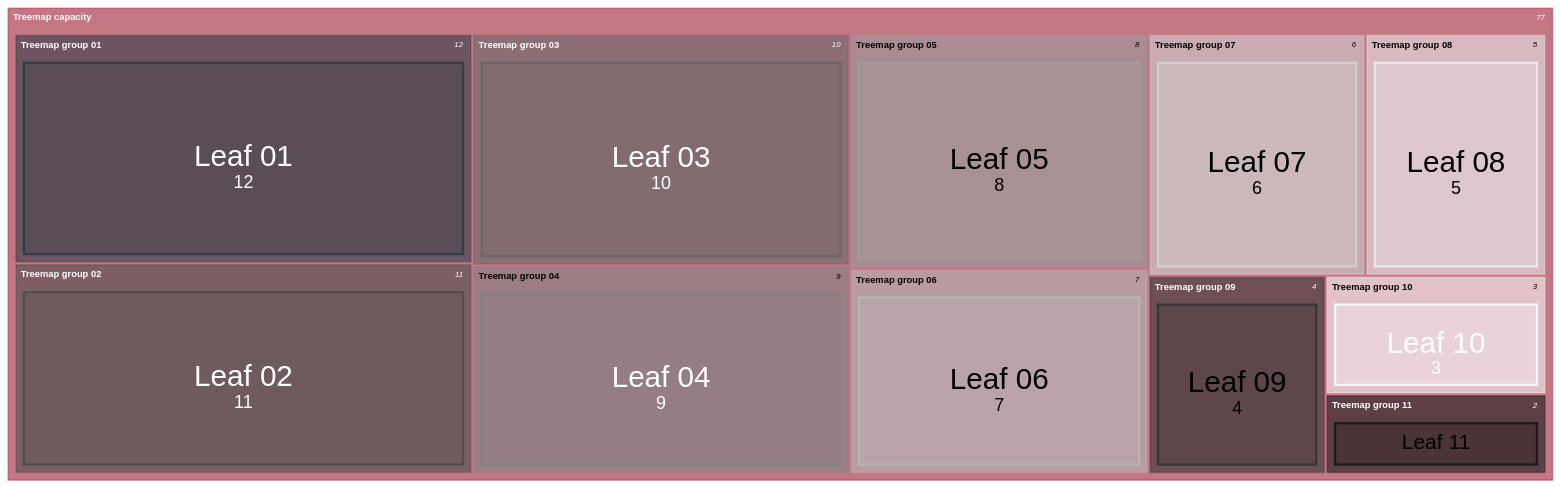
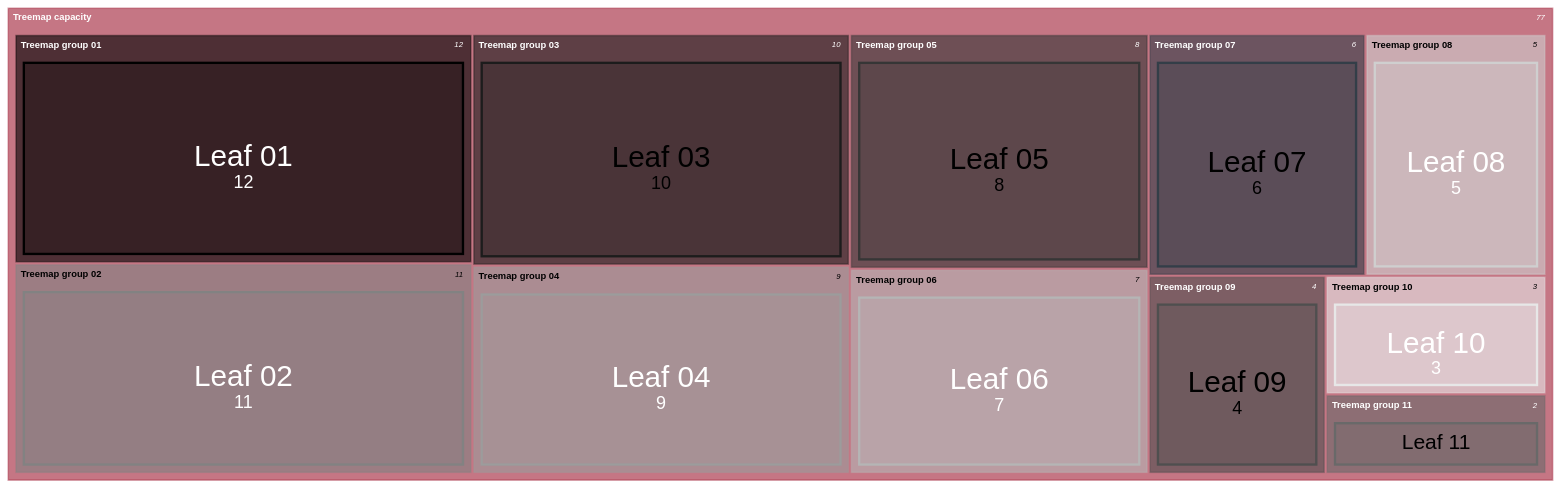
Before and after one commit to gvillarroel/skills: the diagram in skills/mermaid/assets/examples/mermaid-max-complexity/source/colorset1/treemap.mmd, drawn with Mermaid. The commit also changed 590 other files, not shown here.

```diff
--- a/skills/mermaid/assets/examples/mermaid-max-complexity/source/colorset1/treemap.mmd
+++ b/skills/mermaid/assets/examples/mermaid-max-complexity/source/colorset1/treemap.mmd
@@ -1,117 +1,117 @@
 ---
 # mermaid: config begin
 config:
   theme: "base"
   themeVariables:
     THEME_COLOR_LIMIT: 12
     background: "#ffffff"
     primaryColor: "#9e1b32"
     primaryTextColor: "#ffffff"
     primaryBorderColor: "#9e1b32"
-    secondaryColor: "#333e48"
+    secondaryColor: "#000000"
     secondaryTextColor: "#ffffff"
-    secondaryBorderColor: "#333e48"
-    tertiaryColor: "#4f4f4f"
-    tertiaryTextColor: "#ffffff"
-    tertiaryBorderColor: "#4f4f4f"
+    secondaryBorderColor: "#000000"
+    tertiaryColor: "#828282"
+    tertiaryTextColor: "#000000"
+    tertiaryBorderColor: "#828282"
     lineColor: "#696969"
     textColor: "#333e48"
     mainBkg: "#9e1b32"
     nodeBkg: "#9e1b32"
     nodeBorder: "#9e1b32"
     clusterBkg: "#e7e7e7"
     clusterBorder: "#9c9c9c"
     defaultLinkColor: "#696969"
     edgeLabelBackground: "#ffffff"
     classText: "#ffffff"
     labelColor: "#ffffff"
     titleColor: "#333e48"
     cScale0: "#9e1b32"
-    cScale1: "#333e48"
-    cScale2: "#4f4f4f"
-    cScale3: "#696969"
-    cScale4: "#828282"
-    cScale5: "#9c9c9c"
+    cScale1: "#000000"
+    cScale2: "#828282"
+    cScale3: "#1c1c1c"
+    cScale4: "#9c9c9c"
+    cScale5: "#363636"
     cScale6: "#b5b5b5"
-    cScale7: "#cfcfcf"
-    cScale8: "#e7e7e7"
-    cScale9: "#363636"
-    cScale10: "#f7f7f7"
-    cScale11: "#1c1c1c"
+    cScale7: "#333e48"
+    cScale8: "#cfcfcf"
+    cScale9: "#4f4f4f"
+    cScale10: "#e7e7e7"
+    cScale11: "#696969"
     cScaleLabel0: "#ffffff"
     cScaleLabel1: "#ffffff"
-    cScaleLabel2: "#ffffff"
+    cScaleLabel2: "#000000"
     cScaleLabel3: "#ffffff"
     cScaleLabel4: "#000000"
-    cScaleLabel5: "#000000"
+    cScaleLabel5: "#ffffff"
     cScaleLabel6: "#000000"
-    cScaleLabel7: "#000000"
+    cScaleLabel7: "#ffffff"
     cScaleLabel8: "#000000"
     cScaleLabel9: "#ffffff"
     cScaleLabel10: "#000000"
     cScaleLabel11: "#ffffff"
     cScaleInv0: "#ffffff"
     cScaleInv1: "#ffffff"
-    cScaleInv2: "#ffffff"
+    cScaleInv2: "#000000"
     cScaleInv3: "#ffffff"
     cScaleInv4: "#000000"
-    cScaleInv5: "#000000"
+    cScaleInv5: "#ffffff"
     cScaleInv6: "#000000"
-    cScaleInv7: "#000000"
+    cScaleInv7: "#ffffff"
     cScaleInv8: "#000000"
     cScaleInv9: "#ffffff"
     cScaleInv10: "#000000"
     cScaleInv11: "#ffffff"
     cScalePeer0: "#9e1b32"
-    cScalePeer1: "#333e48"
-    cScalePeer2: "#4f4f4f"
-    cScalePeer3: "#696969"
-    cScalePeer4: "#828282"
-    cScalePeer5: "#9c9c9c"
+    cScalePeer1: "#000000"
+    cScalePeer2: "#828282"
+    cScalePeer3: "#1c1c1c"
+    cScalePeer4: "#9c9c9c"
+    cScalePeer5: "#363636"
     cScalePeer6: "#b5b5b5"
-    cScalePeer7: "#cfcfcf"
-    cScalePeer8: "#e7e7e7"
-    cScalePeer9: "#363636"
-    cScalePeer10: "#f7f7f7"
-    cScalePeer11: "#1c1c1c"
+    cScalePeer7: "#333e48"
+    cScalePeer8: "#cfcfcf"
+    cScalePeer9: "#4f4f4f"
+    cScalePeer10: "#e7e7e7"
+    cScalePeer11: "#696969"
   themeCSS: ".node > rect, .node > circle, .node > ellipse, .node > polygon, .node > path, rect.actor, .note, .task, .task0, .task1, .task2, .task3 { stroke-width: 0 !important; }.treemapLeaf { fill-opacity: 1 !important; stroke-width: 0 !important; }"
   treemap:
     useMaxWidth: false
     padding: 4
     diagramPadding: 8
     nodeWidth: 200
     nodeHeight: 65
 # mermaid: config end
 # mermaid: metadata begin
 mermaid:
   colorset: "colorset1"
   mode: "standard"
   palette: "basic-red-neutral-style"
 # mermaid: metadata end
 ---
 treemap-beta
   accTitle: Treemap maximum complexity showcase
   accDescr: A named capacity root contains eleven descending-value groups and consumes all twelve named hierarchy colors including the root.
   "Treemap capacity"
     "Treemap group 01"
       "Leaf 01": 12
     "Treemap group 02"
       "Leaf 02": 11
     "Treemap group 03"
       "Leaf 03": 10
     "Treemap group 04"
       "Leaf 04": 9
     "Treemap group 05"
       "Leaf 05": 8
     "Treemap group 06"
       "Leaf 06": 7
     "Treemap group 07"
       "Leaf 07": 6
     "Treemap group 08"
       "Leaf 08": 5
     "Treemap group 09"
       "Leaf 09": 4
     "Treemap group 10"
       "Leaf 10": 3
     "Treemap group 11"
       "Leaf 11": 2
```
